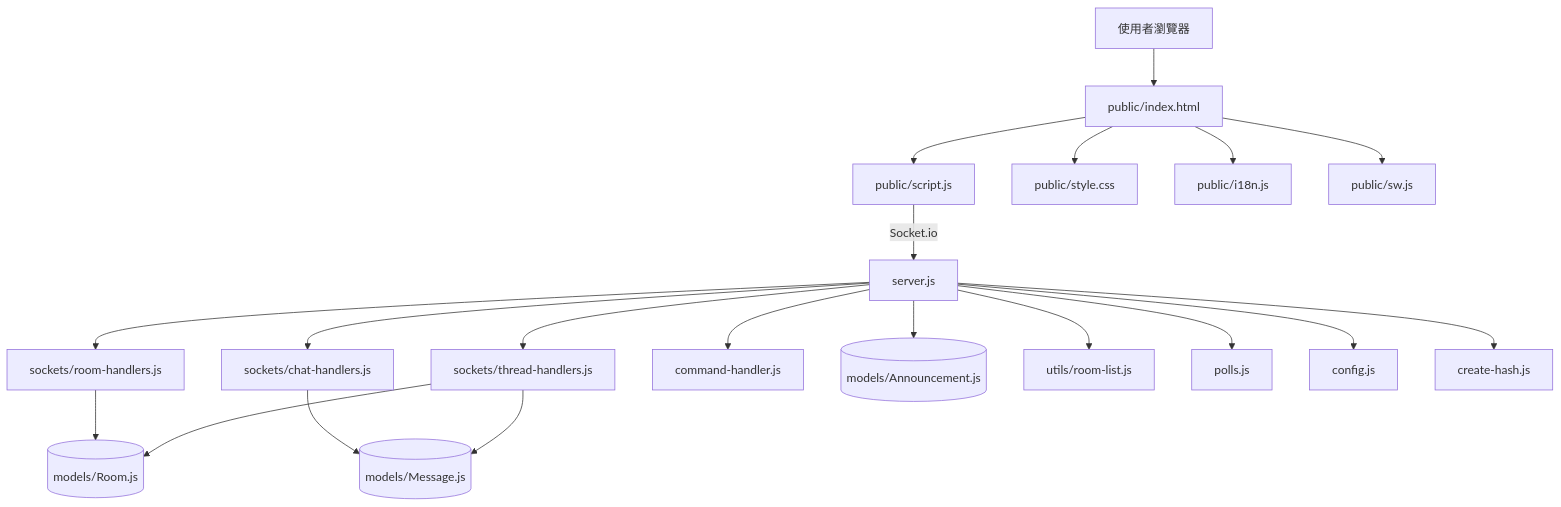
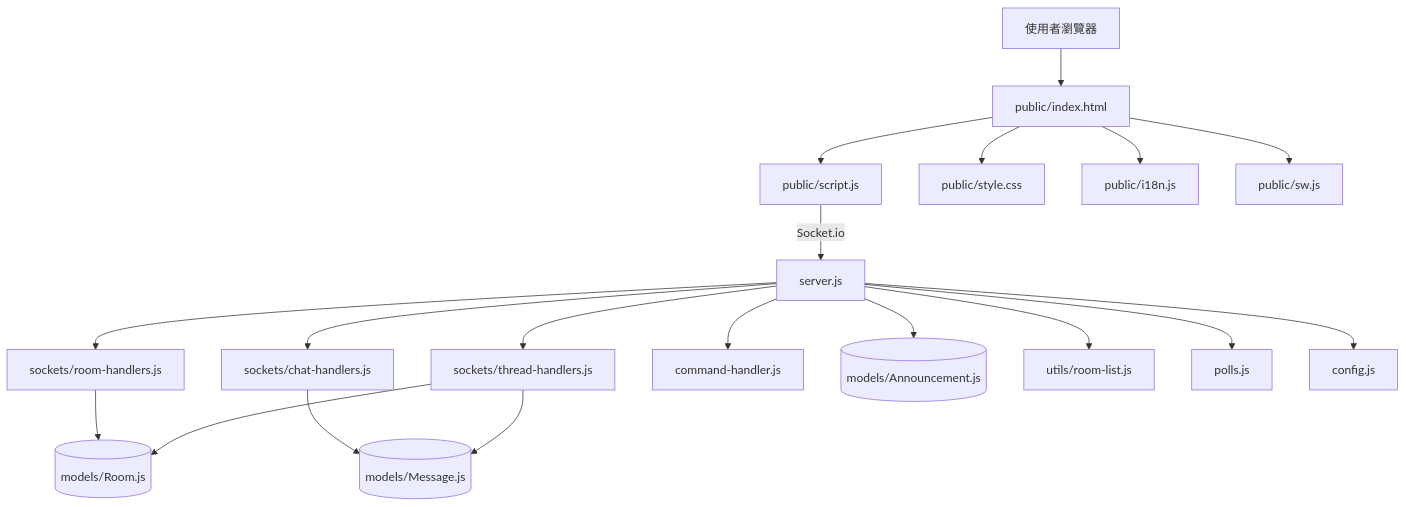
Before and after one commit to Tienxiang0520/baha-chat: the diagram in README.md, drawn with Mermaid. The commit also changed other lines of this file and 58 other files, not shown here.

````diff
--- a/README.md
+++ b/README.md
@@ -55,25 +55,24 @@
 ```mermaid
 flowchart TB
   U[使用者瀏覽器] --> P[public/index.html]
   P --> S[public/script.js]
   P --> C[public/style.css]
   P --> I[public/i18n.js]
   P --> SW[public/sw.js]
 
   S -->|Socket.io| SV[server.js]
   SV --> RH[sockets/room-handlers.js]
   SV --> CH[sockets/chat-handlers.js]
   SV --> TH[sockets/thread-handlers.js]
   SV --> CMD[command-handler.js]
 
   RH --> R[(models/Room.js)]
   CH --> M[(models/Message.js)]
   TH --> R
   TH --> M
 
   SV --> A[(models/Announcement.js)]
   SV --> RL[utils/room-list.js]
   SV --> PLS[polls.js]
   SV --> CFG[config.js]
-  SV --> HASH[create-hash.js]
 ```
````
